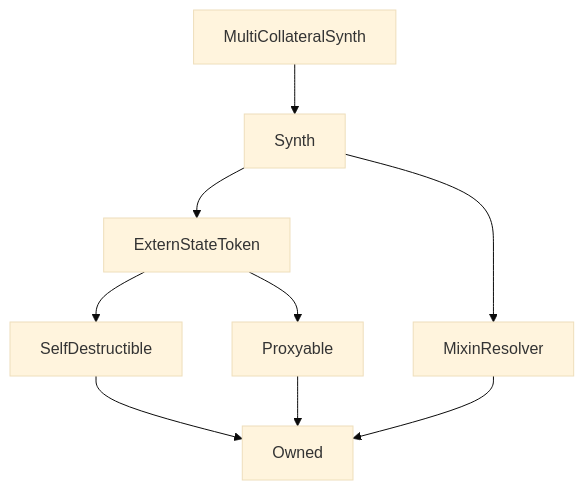
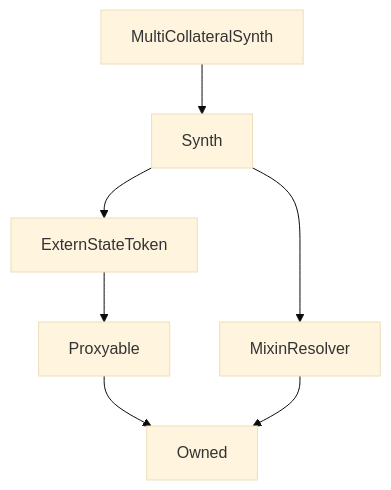
Before and after one commit to Synthetixio/synthetix-docs: the diagram in content/contracts/source/contracts/MultiCollateralSynth.md, drawn with Mermaid (base theme). The commit also changed other lines of this file and 100 other files, not shown here.

````diff
--- a/content/contracts/source/contracts/MultiCollateralSynth.md
+++ b/content/contracts/source/contracts/MultiCollateralSynth.md
@@ -18,12 +18,10 @@
 ```mermaid
 graph TD
     MultiCollateralSynth[MultiCollateralSynth] --> Synth[Synth]
     Synth[Synth] --> ExternStateToken[ExternStateToken]
     Synth[Synth] --> MixinResolver[MixinResolver]
-    ExternStateToken[ExternStateToken] --> SelfDestructible[SelfDestructible]
     ExternStateToken[ExternStateToken] --> Proxyable[Proxyable]
-    SelfDestructible[SelfDestructible] --> Owned[Owned]
     Proxyable[Proxyable] --> Owned[Owned]
     MixinResolver[MixinResolver] --> Owned[Owned]
 
 ```
````
